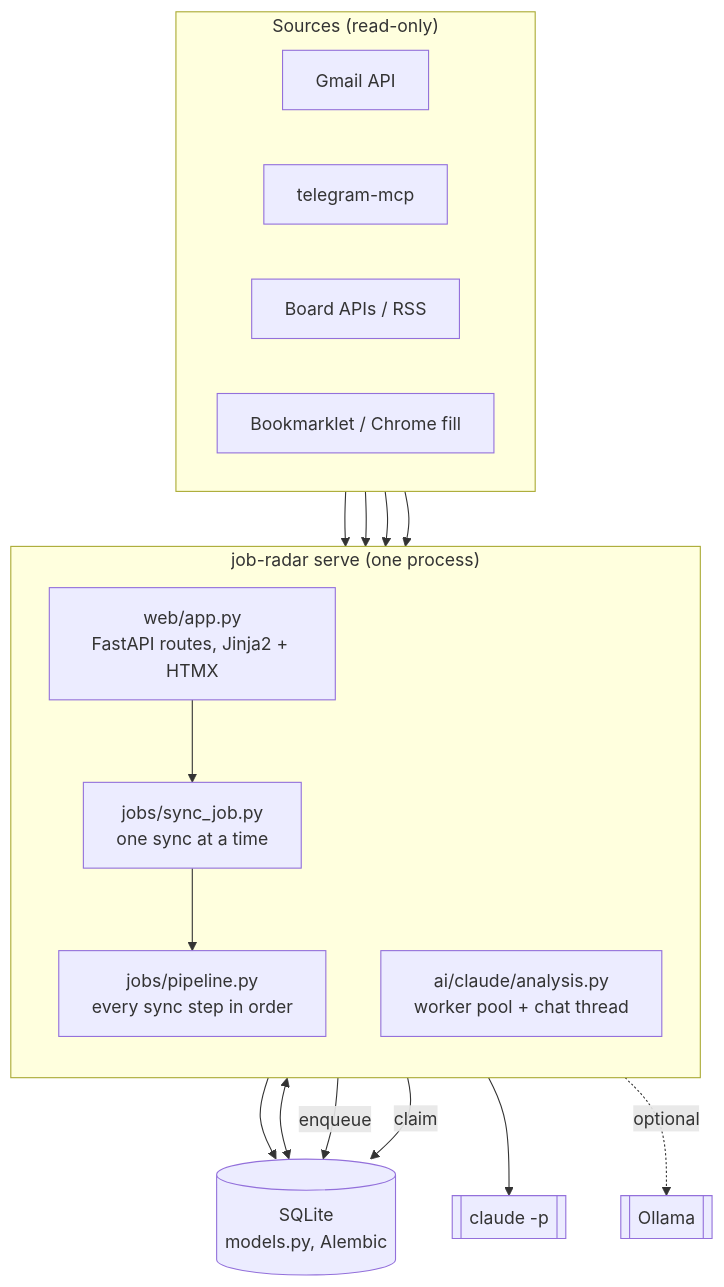
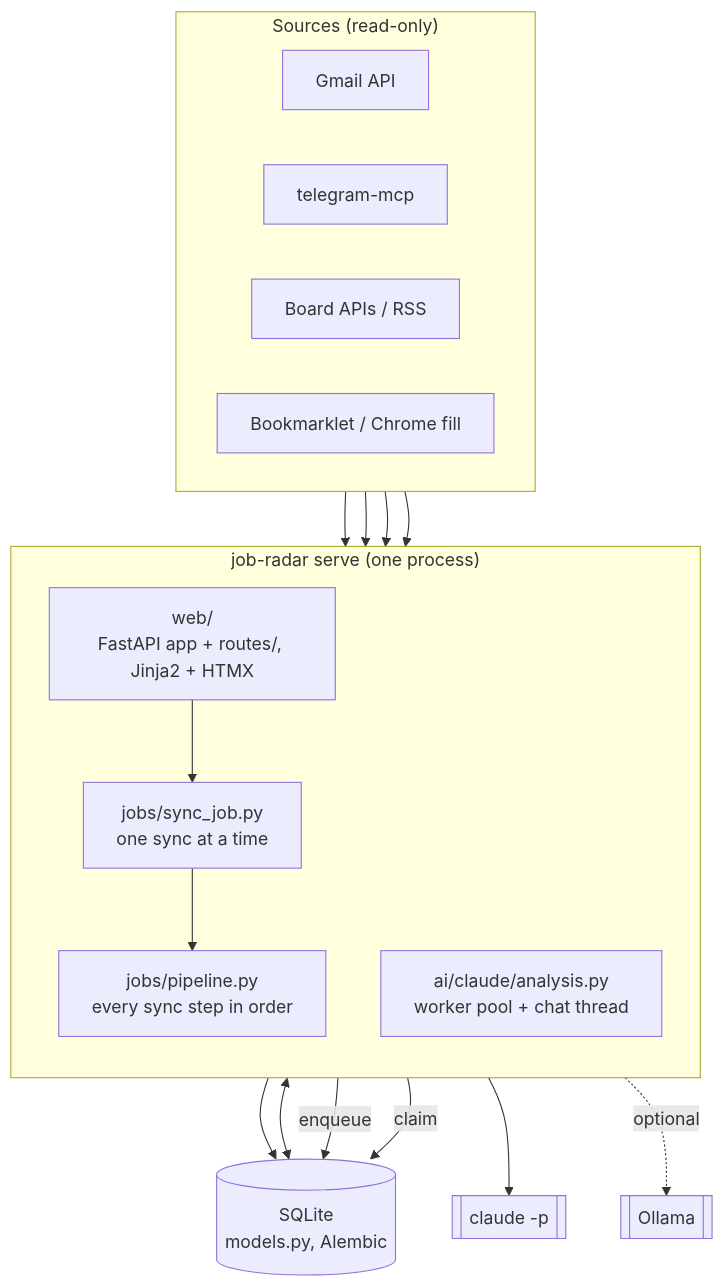
Before and after one commit to dremdem/job-radar: the first of 2 diagrams in docs/architecture.md, drawn with Mermaid. The commit also changed other lines of this file and 16 other files, not shown here.

First line of the commit message:
Split web/app.py into app, deps, templating, context and routes/ (#45)

````diff
--- a/docs/architecture.md
+++ b/docs/architecture.md
@@ -5,29 +5,29 @@
 ```mermaid
 flowchart TB
     subgraph In["Sources (read-only)"]
         direction LR
         GM[Gmail API]
         TG[telegram-mcp]
         BD[Board APIs / RSS]
         BR[Bookmarklet / Chrome fill]
     end
     subgraph App["job-radar serve (one process)"]
         direction TB
-        WEB[web/app.py<br/>FastAPI routes, Jinja2 + HTMX]
+        WEB[web/<br/>FastAPI app + routes/, Jinja2 + HTMX]
         SJ[jobs/sync_job.py<br/>one sync at a time]
         PL[jobs/pipeline.py<br/>every sync step in order]
         CW[ai/claude/analysis.py<br/>worker pool + chat thread]
     end
     DB[(SQLite<br/>models.py, Alembic)]
     CL[[claude -p]]
     OL[[Ollama]]
 
     GM & TG & BD --> PL
     BR --> WEB
     WEB --> SJ --> PL --> DB
     WEB <--> DB
     WEB -- enqueue --> DB
     CW -- claim --> DB
     CW --> CL
     PL -. optional .-> OL
 ```
````
